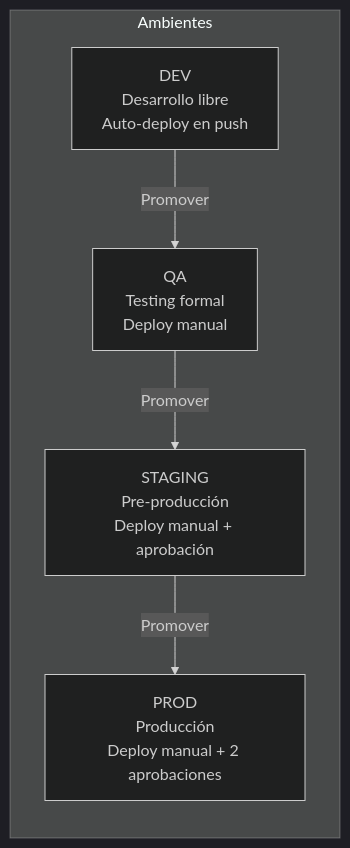
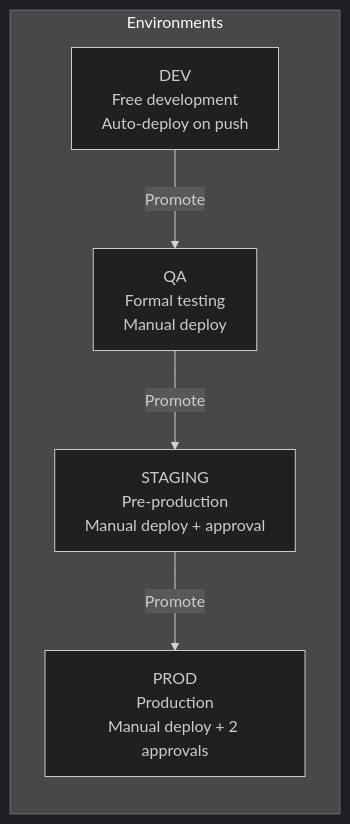
The second of 13 diagrams in docs/roadmap/F00 - Development Environment and Structure/F00 - W01 - Comprehensive Documentation.md (pablonux/legal-ai-ar), drawn with Mermaid (dark theme) before and after one commit. The commit also changed other lines of this file and 8 other files, not shown here.

````diff
--- a/docs/roadmap/F00 - Development Environment and Structure/F00 - W01 - Comprehensive Documentation.md
+++ b/docs/roadmap/F00 - Development Environment and Structure/F00 - W01 - Comprehensive Documentation.md
@@ -265,13 +267,13 @@
 ```mermaid
 graph LR
-    subgraph "Ambientes"
-        DEV[DEV<br/>Desarrollo libre<br/>Auto-deploy en push]
-        QA[QA<br/>Testing formal<br/>Deploy manual]
-        STG[STAGING<br/>Pre-producción<br/>Deploy manual + aprobación]
-        PROD[PROD<br/>Producción<br/>Deploy manual + 2 aprobaciones]
+    subgraph "Environments"
+        DEV[DEV<br/>Free development<br/>Auto-deploy on push]
+        QA[QA<br/>Formal testing<br/>Manual deploy]
+        STG[STAGING<br/>Pre-production<br/>Manual deploy + approval]
+        PROD[PROD<br/>Production<br/>Manual deploy + 2 approvals]
     end
 
-    DEV -->|Promover| QA
-    QA -->|Promover| STG
-    STG -->|Promover| PROD
+    DEV -->|Promote| QA
+    QA -->|Promote| STG
+    STG -->|Promote| PROD
 ```
````
